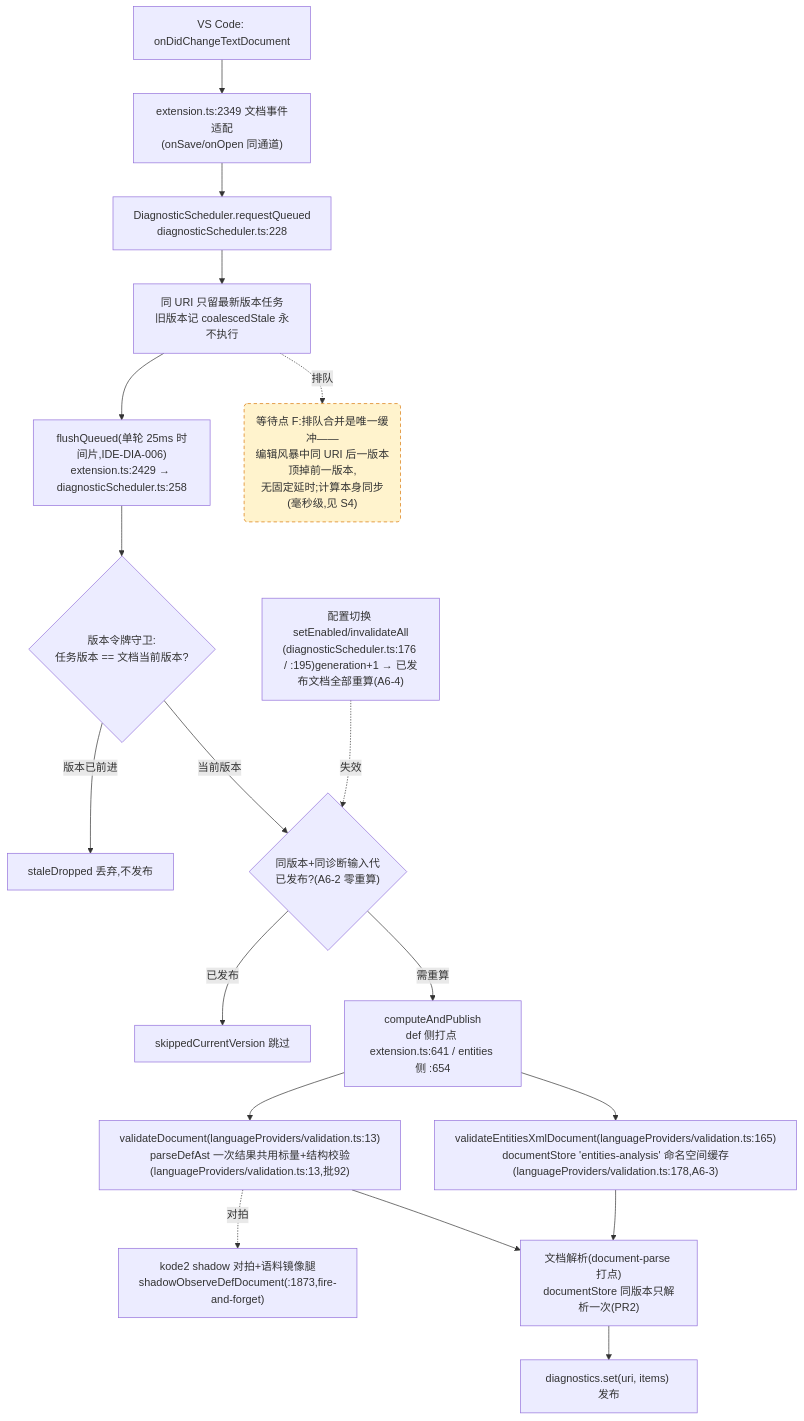
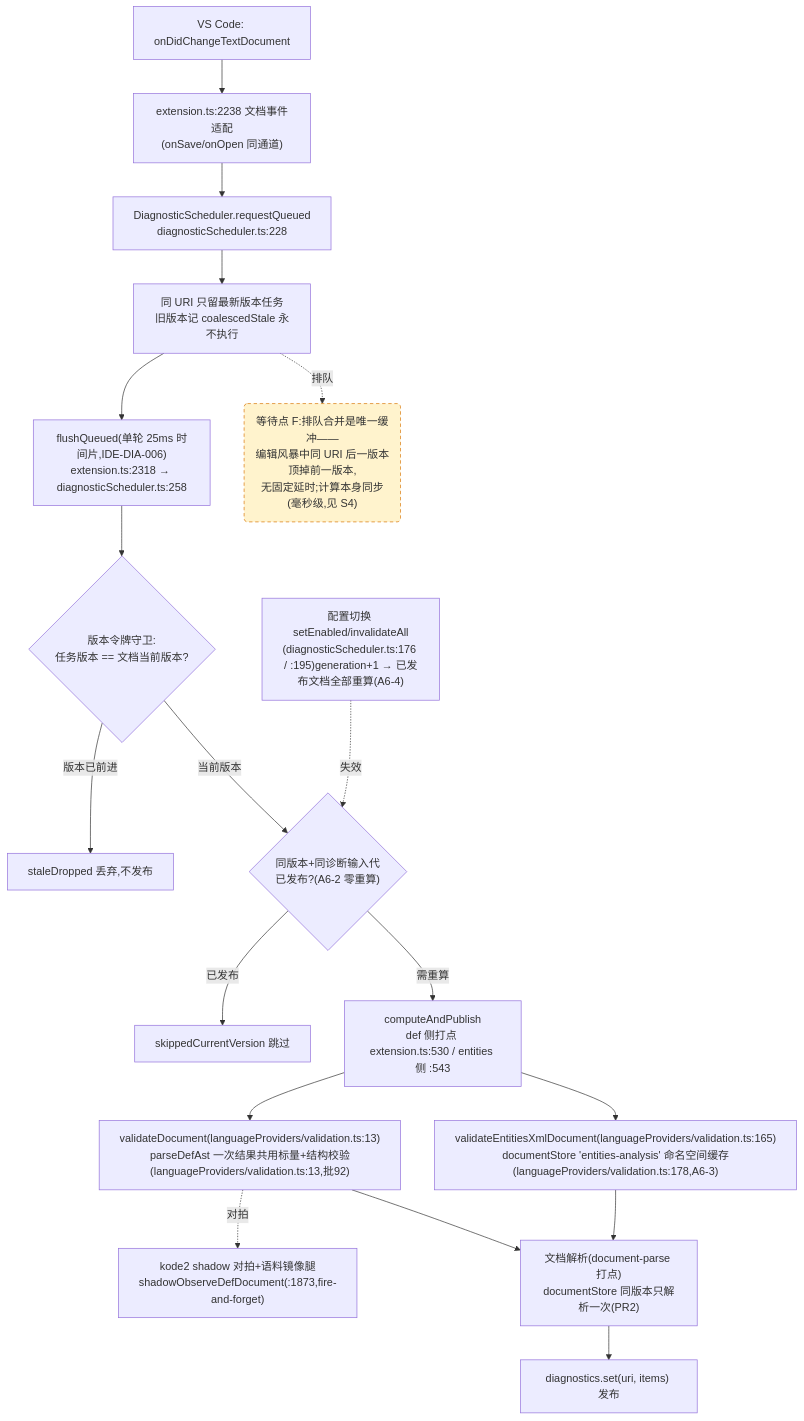
The fourth of 4 diagrams in docs/perf/2026-baseline.md (cuihairu/kode), drawn with Mermaid before and after one commit. The commit also changed other lines of this file and 3 other files, not shown here.

````diff
--- a/docs/perf/2026-baseline.md
+++ b/docs/perf/2026-baseline.md
@@ -214,38 +214,38 @@
 ```mermaid
 flowchart TD
   CHG["VS Code: onDidChangeTextDocument"]
-  WATCH["extension.ts:2349 文档事件适配<br/>(onSave/onOpen 同通道)"]
+  WATCH["extension.ts:2238 文档事件适配<br/>(onSave/onOpen 同通道)"]
   RQ["DiagnosticScheduler.requestQueued<br/>diagnosticScheduler.ts:228"]
   CO["同 URI 只留最新版本任务<br/>旧版本记 coalescedStale 永不执行"]
-  FL["flushQueued(单轮 25ms 时间片,IDE-DIA-006)<br/>extension.ts:2429 → diagnosticScheduler.ts:258"]
+  FL["flushQueued(单轮 25ms 时间片,IDE-DIA-006)<br/>extension.ts:2318 → diagnosticScheduler.ts:258"]
   VG{"版本令牌守卫:<br/>任务版本 == 文档当前版本?"}
   DROP["staleDropped 丢弃,不发布"]
   GEN{"同版本+同诊断输入代<br/>已发布?(A6-2 零重算)"}
   SKIP["skippedCurrentVersion 跳过"]
-  CALC["computeAndPublish<br/>def 侧打点 extension.ts:641 / entities 侧 :654"]
+  CALC["computeAndPublish<br/>def 侧打点 extension.ts:530 / entities 侧 :543"]
   VD["validateDocument(languageProviders/validation.ts:13)<br/>parseDefAst 一次结果共用标量+结构校验(languageProviders/validation.ts:13,批92)"]
   VEX["validateEntitiesXmlDocument(languageProviders/validation.ts:165)<br/>documentStore 'entities-analysis' 命名空间缓存(languageProviders/validation.ts:178,A6-3)"]
   SHDD["kode2 shadow 对拍+语料镜像腿<br/>shadowObserveDefDocument(:1873,fire-and-forget)"]
   DS["文档解析(document-parse 打点)<br/>documentStore 同版本只解析一次(PR2)"]
   PUB["diagnostics.set(uri, items) 发布"]
   CFG2["配置切换 setEnabled/invalidateAll<br/>(diagnosticScheduler.ts:176 / :195)generation+1 → 已发布文档全部重算(A6-4)"]
 
   CHG --> WATCH --> RQ --> CO --> FL --> VG
   VG -- "版本已前进" --> DROP
   VG -- "当前版本" --> GEN
   GEN -- "已发布" --> SKIP
   GEN -- "需重算" --> CALC
   CALC --> VD
   CALC --> VEX
   VD --> DS
   VEX --> DS
   DS --> PUB
   VD -.->|对拍| SHDD
   CFG2 -.->|失效| GEN
 
   WAITF("等待点 F:排队合并是唯一缓冲——<br/>编辑风暴中同 URI 后一版本顶掉前一版本,<br/>无固定延时;计算本身同步(毫秒级,见 S4)")
   CO -.->|排队| WAITF
 
   classDef waitPoint fill:#fff3cd,stroke:#d97706,stroke-dasharray:5 4;
   class WAITF waitPoint;
 ```
````
